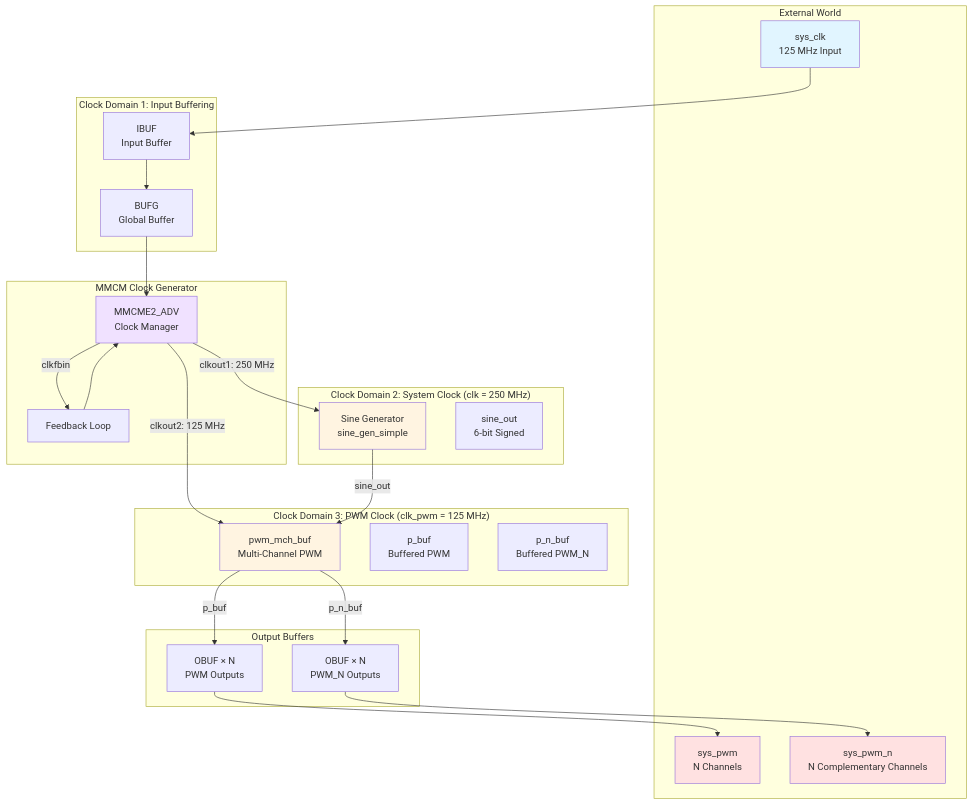
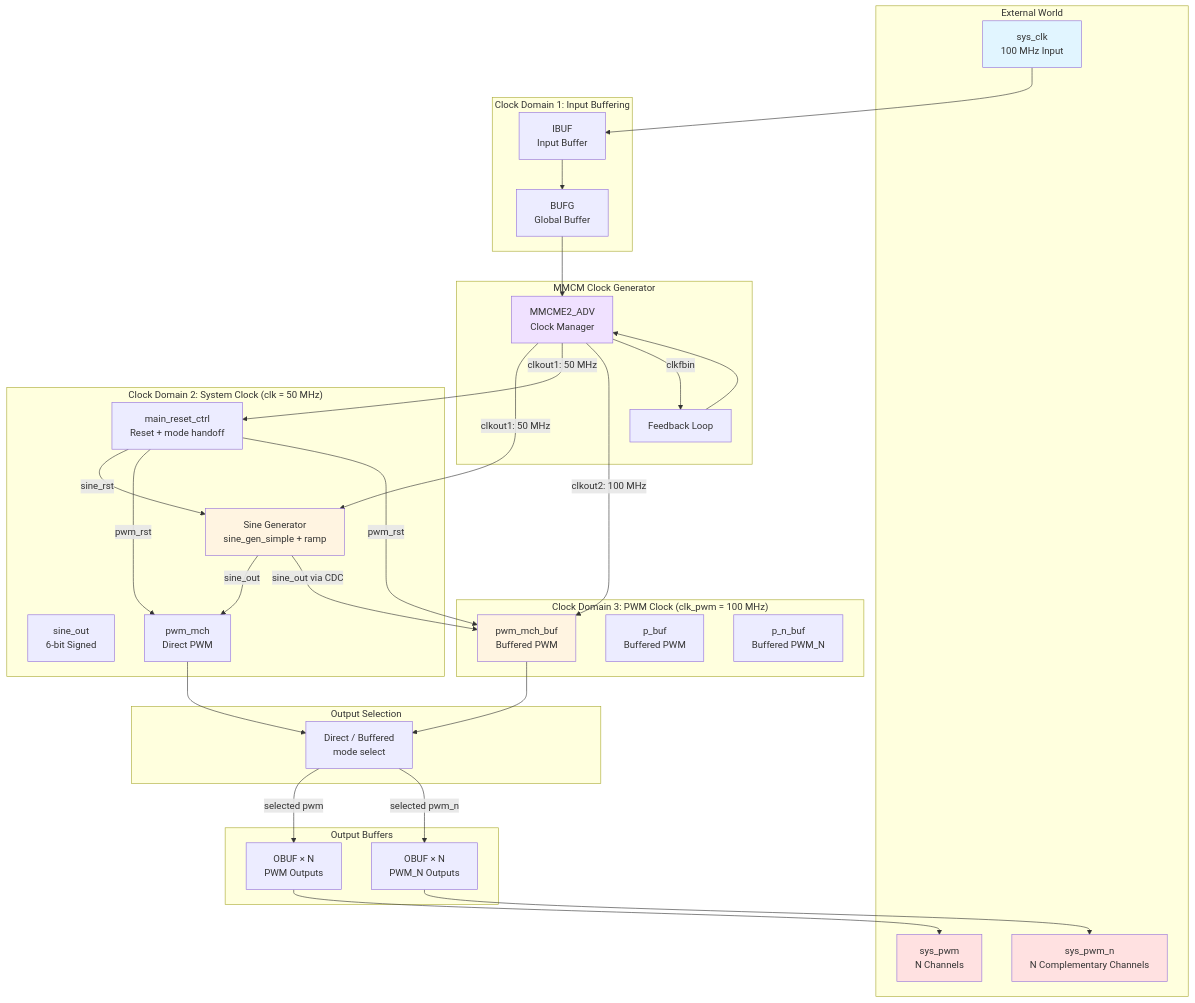
Before and after one commit to ekazakov1507/pwm_demo: the first of 4 diagrams in docs/architecture/overview.md, drawn with Mermaid. The commit also changed other lines of this file and 10 other files, not shown here.

````diff
--- a/docs/architecture/overview.md
+++ b/docs/architecture/overview.md
@@ -9,55 +9,68 @@
 ```mermaid
 graph TB
     subgraph "External World"
-        CLK_IN[sys_clk<br/>125 MHz Input]
+        CLK_IN[sys_clk<br/>100 MHz Input]
         PWM_OUT[sys_pwm<br/>N Channels]
         PWM_N_OUT[sys_pwm_n<br/>N Complementary Channels]
     end
 
     subgraph "Clock Domain 1: Input Buffering"
         IBUF[IBUF<br/>Input Buffer]
         BUFG[BUFG<br/>Global Buffer]
     end
 
     subgraph "MMCM Clock Generator"
         MMCM[MMCME2_ADV<br/>Clock Manager]
         CLK_FB[Feedback Loop]
     end
 
-    subgraph "Clock Domain 2: System Clock (clk = 250 MHz)"
-        SINE[Sine Generator<br/>sine_gen_simple]
+    subgraph "Clock Domain 2: System Clock (clk = 50 MHz)"
+        SINE[Sine Generator<br/>sine_gen_simple + ramp]
         SINE_OUT[sine_out<br/>6-bit Signed]
+        DIRECT_PWM[pwm_mch<br/>Direct PWM]
+        RESET_CTRL[main_reset_ctrl<br/>Reset + mode handoff]
     end
 
-    subgraph "Clock Domain 3: PWM Clock (clk_pwm = 125 MHz)"
-        PWM_MODULE[pwm_mch_buf<br/>Multi-Channel PWM]
+    subgraph "Clock Domain 3: PWM Clock (clk_pwm = 100 MHz)"
+        PWM_MODULE[pwm_mch_buf<br/>Buffered PWM]
         PWM_BUF[p_buf<br/>Buffered PWM]
         PWM_N_BUF[p_n_buf<br/>Buffered PWM_N]
+    end
+
+    subgraph "Output Selection"
+        MODE_SEL[Direct / Buffered<br/>mode select]
     end
 
     subgraph "Output Buffers"
         OBUF_P[OBUF × N<br/>PWM Outputs]
         OBUF_N[OBUF × N<br/>PWM_N Outputs]
     end
 
     CLK_IN --> IBUF
     IBUF --> BUFG
     BUFG --> MMCM
-    MMCM -->|clkout1: 250 MHz| SINE
-    MMCM -->|clkout2: 125 MHz| PWM_MODULE
+    MMCM -->|clkout1: 50 MHz| SINE
+    MMCM -->|clkout1: 50 MHz| RESET_CTRL
+    MMCM -->|clkout2: 100 MHz| PWM_MODULE
     MMCM -->|clkfbin| CLK_FB
     CLK_FB --> MMCM
 
-    SINE -->|sine_out| PWM_MODULE
-    PWM_MODULE -->|p_buf| OBUF_P
-    PWM_MODULE -->|p_n_buf| OBUF_N
+    SINE -->|sine_out| DIRECT_PWM
+    SINE -->|sine_out via CDC| PWM_MODULE
+    RESET_CTRL -->|sine_rst| SINE
+    RESET_CTRL -->|pwm_rst| DIRECT_PWM
+    RESET_CTRL -->|pwm_rst| PWM_MODULE
+    DIRECT_PWM --> MODE_SEL
+    PWM_MODULE --> MODE_SEL
+    MODE_SEL -->|selected pwm| OBUF_P
+    MODE_SEL -->|selected pwm_n| OBUF_N
     OBUF_P --> PWM_OUT
     OBUF_N --> PWM_N_OUT
 
     style CLK_IN fill:#e1f5ff
     style PWM_OUT fill:#ffe1e1
     style PWM_N_OUT fill:#ffe1e1
     style SINE fill:#fff4e1
     style PWM_MODULE fill:#fff4e1
     style MMCM fill:#f0e1ff
 ```
````
